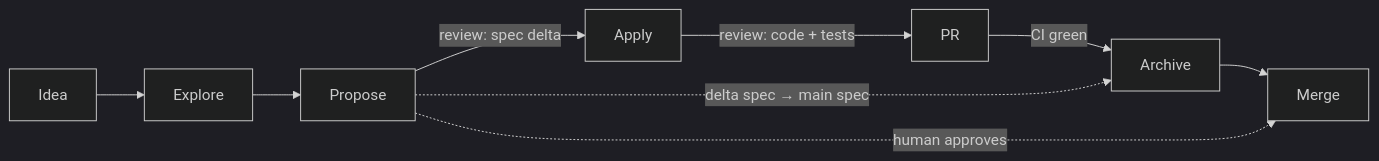
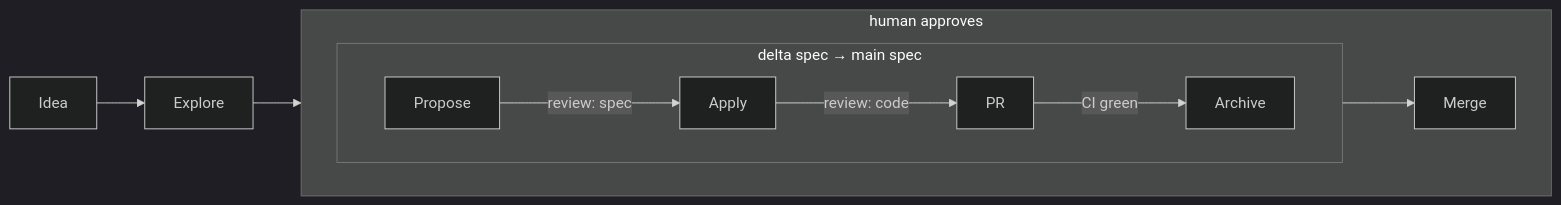
Before and after one commit to aanbrn/axon-showcase: the third of 3 diagrams in README.md, drawn with Mermaid (dark theme). The commit also changed 1 other file, not shown here.

Commit message:
Draw the OpenSpec loop's spans as nested subgraphs, not arrows
The human-approves and delta-spec-to-main spans are range annotations, not transitions; a dashed arrow from Propose to Merge asserted a shortcut that does not exist. Nested subgraphs render the two spans faithfully, the outer ending at Merge and the inner at Archive.

````diff
--- a/README.md
+++ b/README.md
@@ -201,11 +201,14 @@
 ```mermaid
-%%{init: {"flowchart": {"diagramPadding": 240}}}%%
+%%{init: {"flowchart": {"diagramPadding": 255}}}%%
 flowchart LR
-    Idea --> Explore --> Propose
-    Propose -->|"review: spec delta"| Apply
-    Apply -->|"review: code + tests"| PR
-    PR -->|"CI green"| Archive
-    Archive --> Merge
-    Propose -.->|"human approves"| Merge
-    Propose -.->|"delta spec → main spec"| Archive
+    Idea --> Explore
+    subgraph approve["human approves"]
+        direction LR
+        subgraph fold["delta spec → main spec"]
+            direction LR
+            Propose -->|"review: spec"| Apply -->|"review: code"| PR -->|"CI green"| Archive
+        end
+        Archive --> Merge
+    end
+    Explore --> Propose
 ```
````
